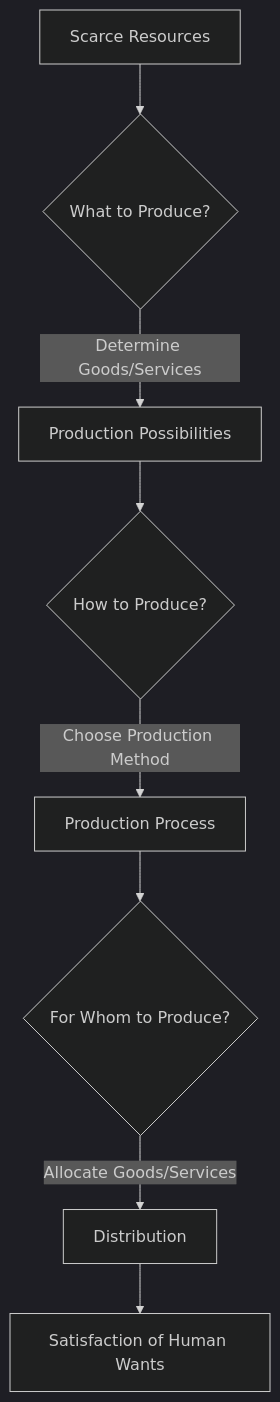
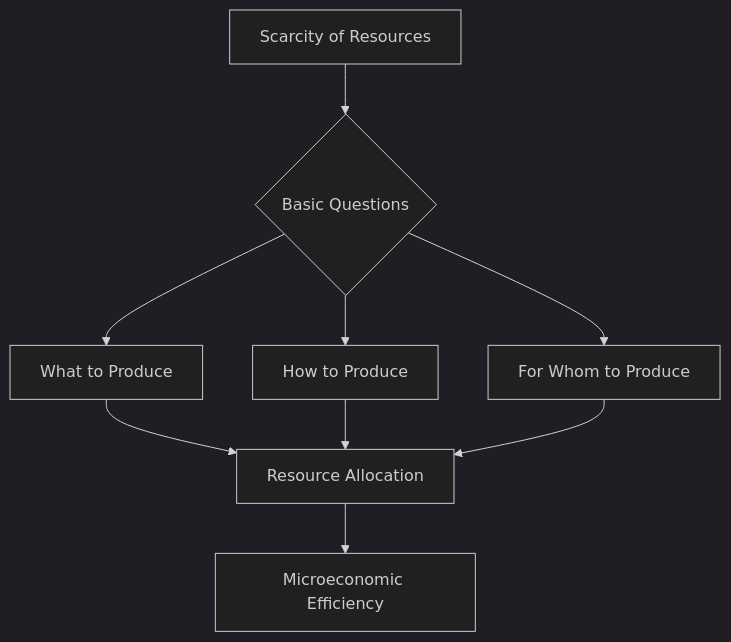
One commit to DagimAlemayehuu/Ater changed the diagram in Obsidian_Vault/2-Academic/Winter 2026/Economics/1_Basics_Of_Economics/Resource_Allocation.md. Above: the diagram before and after it, drawn with Mermaid (dark theme). The commit also changed other lines of this file and 71 other files, not shown here.

````diff
--- a/Obsidian_Vault/2-Academic/Winter 2026/Economics/1_Basics_Of_Economics/Resource_Allocation.md
+++ b/Obsidian_Vault/2-Academic/Winter 2026/Economics/1_Basics_Of_Economics/Resource_Allocation.md
@@ -65,12 +57,13 @@
 ```mermaid
 
 graph TD
-    A[Scarce Resources] --> B{What to Produce?}
-    B -->|Determine Goods/Services| C[Production Possibilities]
-    C --> D{How to Produce?}
-    D -->|Choose Production Method| E[Production Process]
-    E --> F{For Whom to Produce?}
-    F -->|Allocate Goods/Services| G[Distribution]
-    G --> H[Satisfaction of Human Wants]
+    A[Scarcity of Resources] --> B{Basic Questions}
+    B --> C[What to Produce]
+    B --> D[How to Produce]
+    B --> E[For Whom to Produce]
+    C --> F[Resource Allocation]
+    D --> F
+    E --> F
+    F --> G[Microeconomic Efficiency]
 
 ```
````
